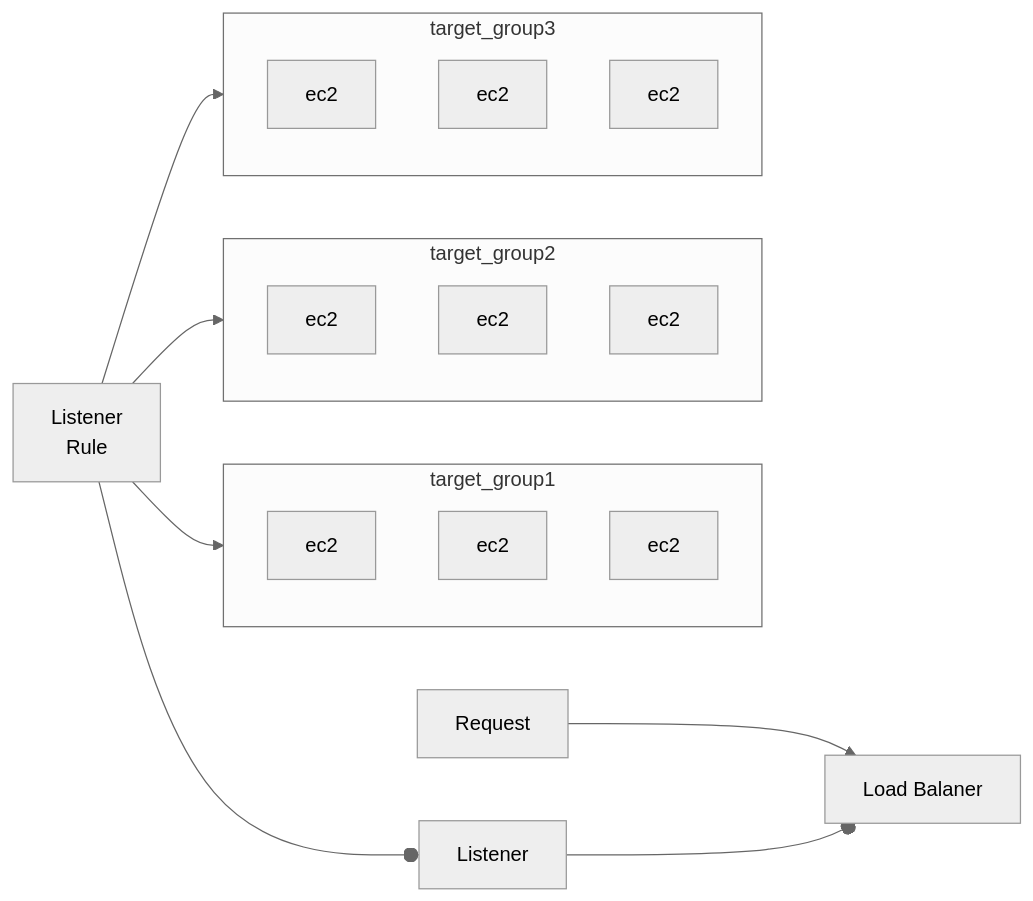
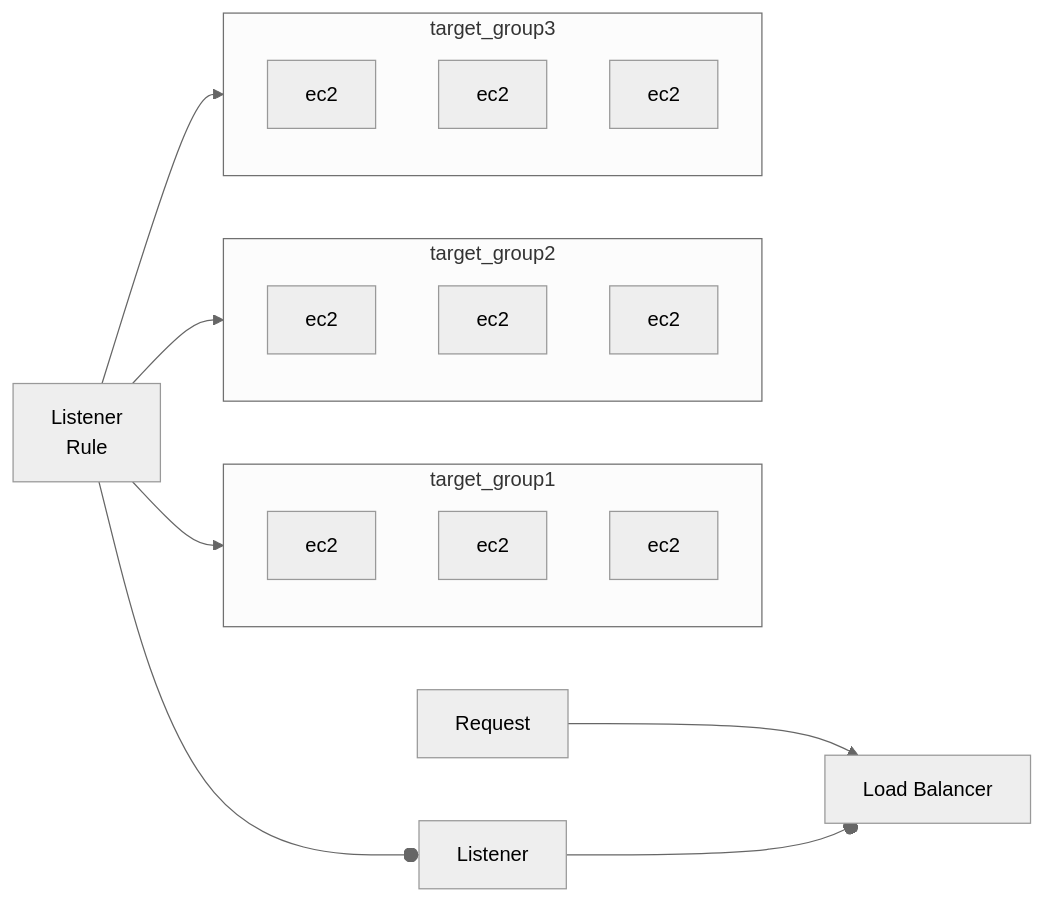
One commit to cherkavi/cheat-sheet changed the third of 7 diagrams in aws-cheat-sheet.md. Above: the diagram before and after it, drawn with Mermaid (neutral theme). The commit also changed other lines of this file, not shown here.

Commit message:
autoscaling group

````diff
--- a/aws-cheat-sheet.md
+++ b/aws-cheat-sheet.md
@@ -871,28 +871,28 @@
 ```mermaid
 flowchart LR;
     r[Request] --> lb
-    l[Listener] --o lb[Load Balaner]
+    l[Listener] --o lb[Load Balancer]
 
     lr[Listener
        Rule] --o l
     lr --> target_group1
     lr --> target_group2
     lr --> target_group3
 
     subgraph target_group1
         c11[ec2]
         c12[ec2]
         c13[ec2]
     end
     subgraph target_group2
         c21[ec2]
         c22[ec2]
         c23[ec2]
     end
     subgraph target_group3
         c31[ec2]
         c32[ec2]
         c33[ec2]
     end
     
 ```
````
